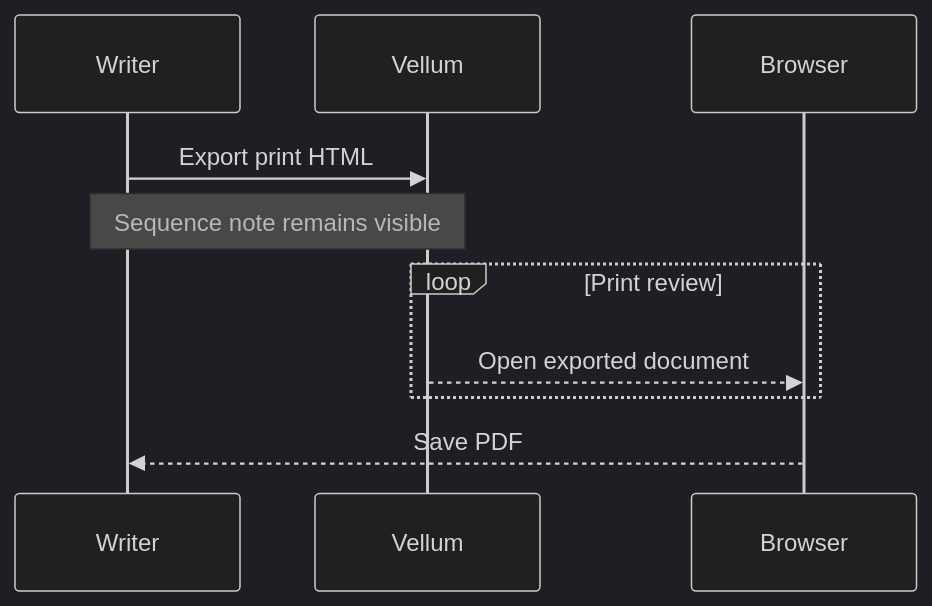
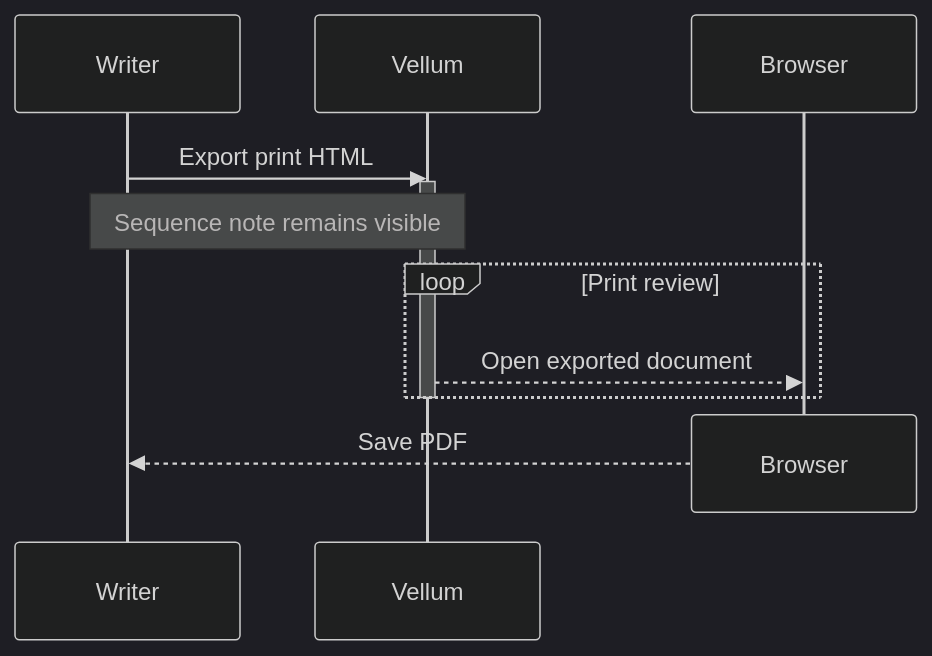
One commit to wzzc-dev/vellum changed the second of 2 diagrams in docs/acceptance/longform.md. Above: the diagram before and after it, drawn with Mermaid (dark theme). The commit also changed 3 other files, not shown here.

Commit message:
Support Mermaid lifecycle fallback

````diff
--- a/docs/acceptance/longform.md
+++ b/docs/acceptance/longform.md
@@ -114,12 +114,15 @@
 ```mermaid
 sequenceDiagram
   participant Writer
   participant App as Vellum
   participant Browser
   Writer->>App: Export print HTML
+  activate App
   Note over Writer,App: Sequence note remains visible
   loop Print review
   App-->>Browser: Open exported document
   end
+  deactivate App
+  destroy Browser
   Browser-->>Writer: Save PDF
 ```
````
